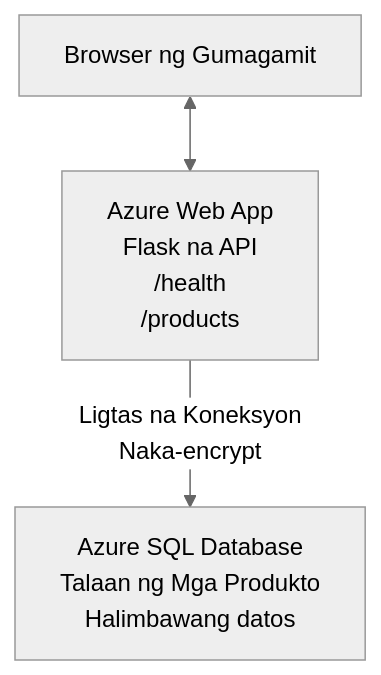
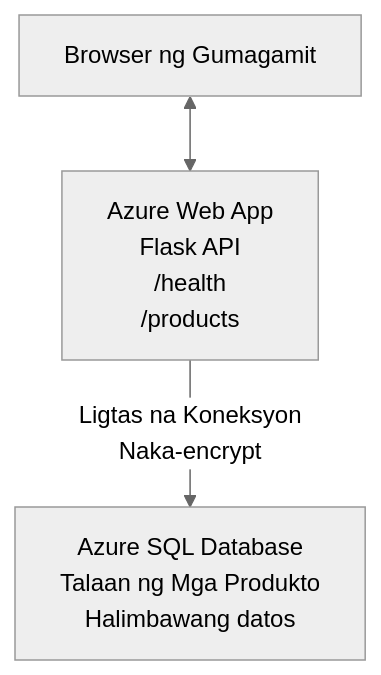
Before and after one commit to microsoft/AZD-for-beginners: the diagram in translations/tl/examples/database-app/README.md, drawn with Mermaid (neutral theme). The commit also changed other lines of this file and 101 other files, not shown here.

````diff
--- a/translations/tl/examples/database-app/README.md
+++ b/translations/tl/examples/database-app/README.md
@@ -72,5 +72,5 @@
 ```mermaid
 graph TD
-    Browser[Browser ng Gumagamit] <--> WebApp[Azure Web App<br/>Flask na API<br/>/health<br/>/products]
+    Browser[Browser ng Gumagamit] <--> WebApp[Azure Web App<br/>Flask API<br/>/health<br/>/products]
     WebApp -- Ligtas na Koneksyon<br/>Naka-encrypt --> SQL[Azure SQL Database<br/>Talaan ng Mga Produkto<br/>Halimbawang datos]
 ```
````
